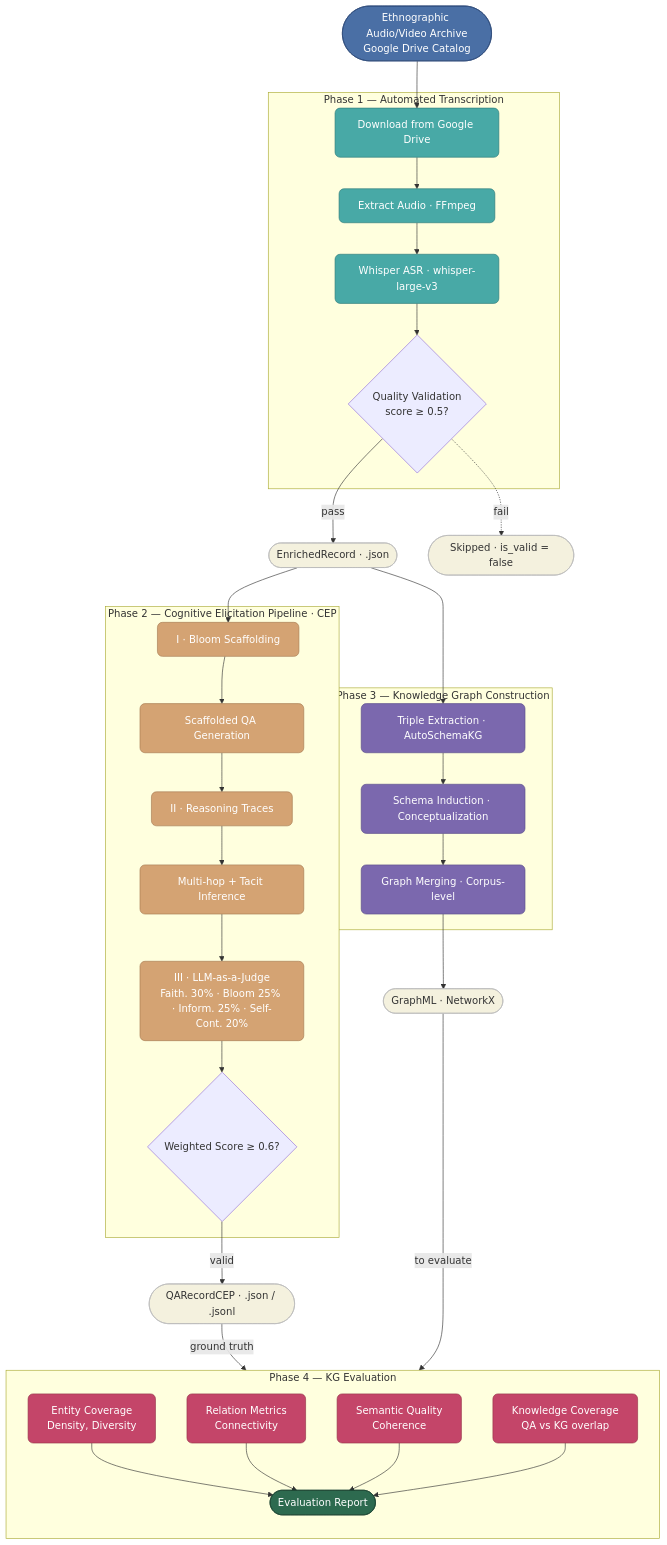
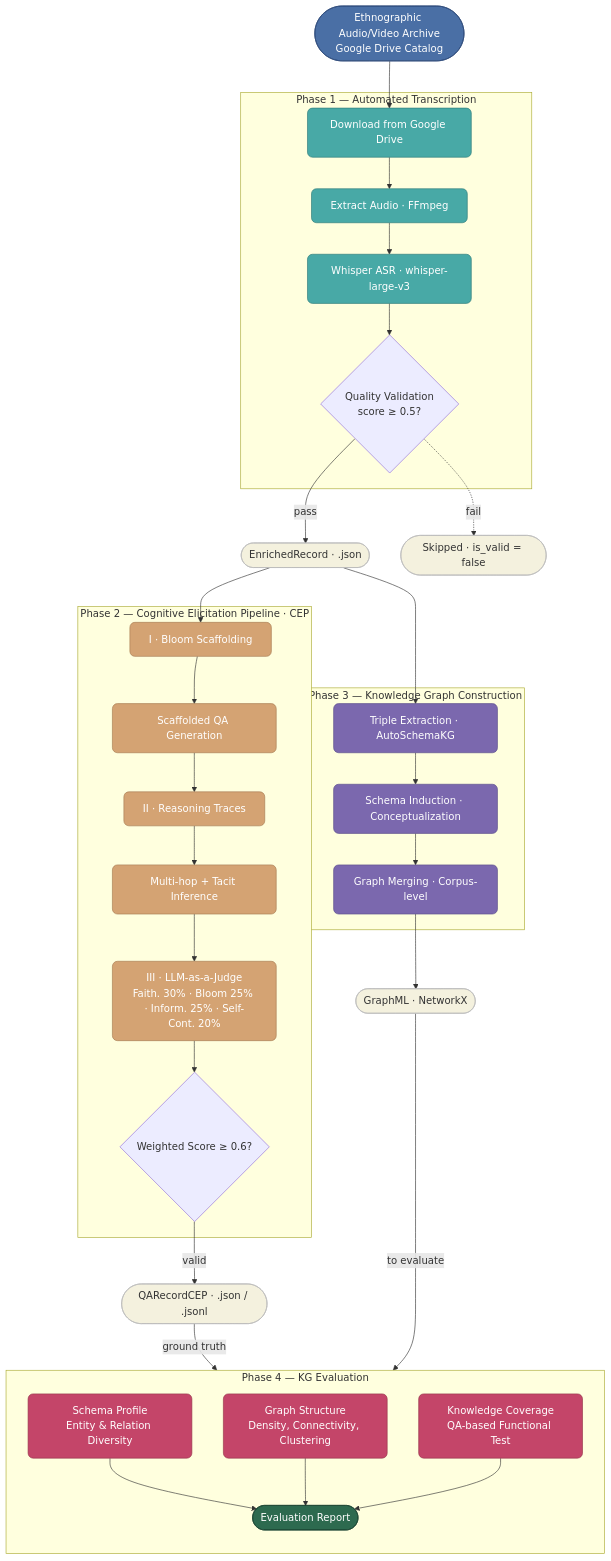
One commit to FredDsR/arandu changed the first of 10 diagrams in docs/methodology.md. Above: the diagram before and after it, drawn with Mermaid. The commit also changed other lines of this file and 4 other files, not shown here.

````diff
--- a/docs/methodology.md
+++ b/docs/methodology.md
@@ -15,66 +15,64 @@
 ```mermaid
 flowchart TD
     classDef input fill:#4a6fa5,stroke:#2d4a7a,color:#fff,rx:12,ry:12
     classDef p1 fill:#48a9a6,stroke:#2d7a78,color:#fff,rx:8,ry:8
     classDef p2 fill:#d4a373,stroke:#a67c52,color:#fff,rx:8,ry:8
     classDef p3 fill:#7b68ae,stroke:#5a4d8a,color:#fff,rx:8,ry:8
     classDef p4 fill:#c44569,stroke:#943349,color:#fff,rx:8,ry:8
     classDef out fill:#2d6a4f,stroke:#1b4332,color:#fff,rx:12,ry:12
     classDef data fill:#f4f1de,stroke:#bbb,color:#333,rx:6,ry:6
 
     IN(["Ethnographic Audio/Video Archive<br/>Google Drive Catalog"]):::input
 
     IN --> DL
 
     subgraph P1["Phase 1 — Automated Transcription"]
         DL["Download from Google Drive"]:::p1
         FF["Extract Audio · FFmpeg"]:::p1
         WH["Whisper ASR · whisper-large-v3"]:::p1
         QV{"Quality Validation<br/>score ≥ 0.5?"}
         DL --> FF --> WH --> QV
     end
 
     QV -->|pass| ER(["EnrichedRecord · .json"]):::data
     QV -.->|fail| SK(["Skipped · is_valid = false"]):::data
 
     ER --> BL
     ER --> TE
 
     subgraph P2["Phase 2 — Cognitive Elicitation Pipeline · CEP"]
         BL["I · Bloom Scaffolding"]:::p2
         SG["Scaffolded QA Generation"]:::p2
         RT["II · Reasoning Traces"]:::p2
         MH["Multi-hop + Tacit Inference"]:::p2
         JU["III · LLM-as-a-Judge<br/>Faith. 30% · Bloom 25% · Inform. 25% · Self-Cont. 20%"]:::p2
         VD{"Weighted Score ≥ 0.6?"}
         BL --> SG --> RT --> MH --> JU --> VD
     end
 
     subgraph P3["Phase 3 — Knowledge Graph Construction"]
         TE["Triple Extraction · AutoSchemaKG"]:::p3
         SI["Schema Induction · Conceptualization"]:::p3
         GM["Graph Merging · Corpus-level"]:::p3
         TE --> SI --> GM
     end
 
     VD -->|valid| QR(["QARecordCEP · .json / .jsonl"]):::data
     GM --> GR(["GraphML · NetworkX"]):::data
 
     P2 ~~~ P3
 
     QR -->|ground truth| P4
     GR -->|to evaluate| P4
 
     subgraph P4["Phase 4 — KG Evaluation"]
         direction TB
-        EC["Entity Coverage<br/>Density, Diversity"]:::p4
-        RM["Relation Metrics<br/>Connectivity"]:::p4
-        SQ["Semantic Quality<br/>Coherence"]:::p4
-        KC["Knowledge Coverage<br/>QA vs KG overlap"]:::p4
+        SP["Schema Profile<br/>Entity & Relation Diversity"]:::p4
+        GS["Graph Structure<br/>Density, Connectivity, Clustering"]:::p4
+        KC["Knowledge Coverage<br/>QA-based Functional Test"]:::p4
         RP(["Evaluation Report"]):::out
-        EC --> RP
-        RM --> RP
-        SQ --> RP
+        SP --> RP
+        GS --> RP
         KC --> RP
     end
 ```
````
